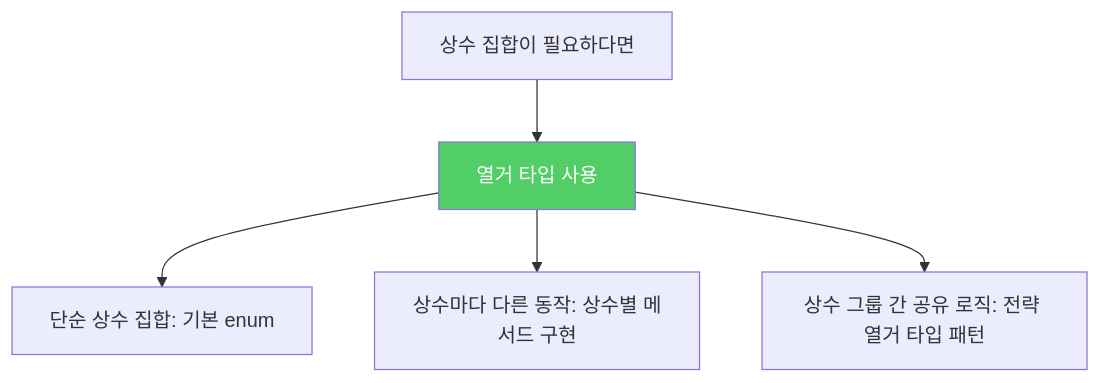
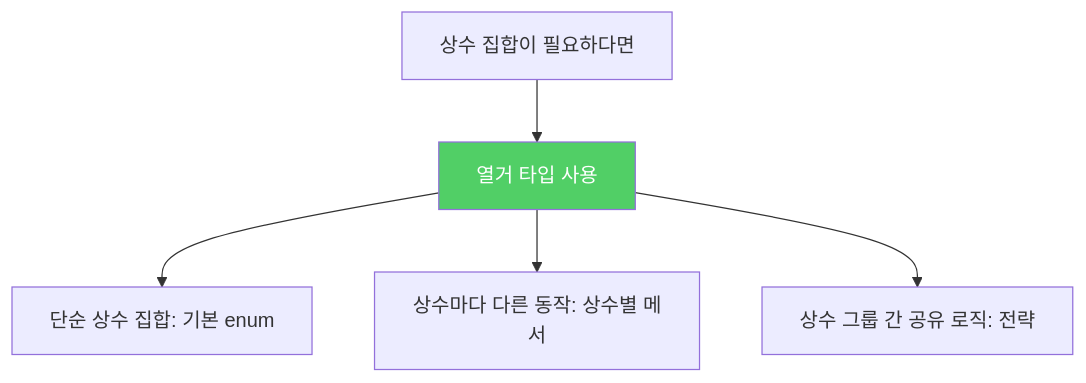
One commit to yjkim2015/yjkim2015.github.io changed the second of 2 diagrams in _posts/java/2022-01-12-effective-java34.md. Above: the diagram before and after it, drawn with Mermaid. The commit also changed other lines of this file and 271 other files, not shown here.

First line of the commit message:
Mermaid 라벨 축소: 긴 노드 텍스트 18자 이하로 트림 + \n 제거

````diff
--- a/_posts/java/2022-01-12-effective-java34.md
+++ b/_posts/java/2022-01-12-effective-java34.md
@@ -211,8 +211,8 @@
 ```mermaid
 graph TD
     A["상수 집합이 필요하다면"] --> B["열거 타입 사용"]
     B --> C["단순 상수 집합: 기본 enum"]
-    B --> D["상수마다 다른 동작: 상수별 메서드 구현"]
-    B --> E["상수 그룹 간 공유 로직: 전략 열거 타입 패턴"]
+    B --> D["상수마다 다른 동작: 상수별 메서"]
+    B --> E["상수 그룹 간 공유 로직: 전략"]
     style B fill:#51cf66,color:#fff
 ```
````
